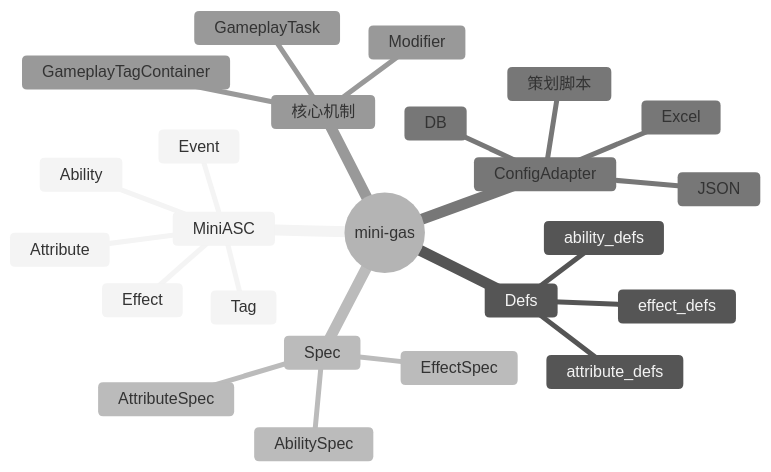
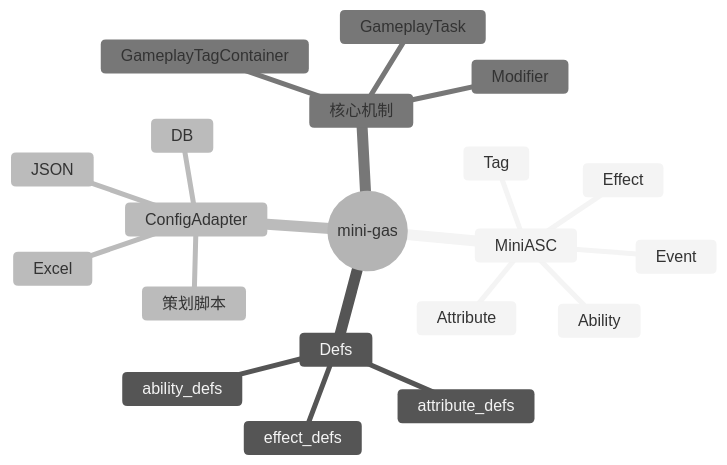
Before and after one commit to caorenmei/cgas: the diagram in docs/specs/mini_gas/README.md, drawn with Mermaid. The commit also changed other lines of this file and 11 other files, not shown here.

````diff
--- a/docs/specs/mini_gas/README.md
+++ b/docs/specs/mini_gas/README.md
@@ -76,28 +74,24 @@
 ```mermaid
 %%{init: {'theme': 'neutral'}}%%
 mindmap
   root((mini-gas))
     MiniASC
       Ability
       Effect
       Attribute
       Tag
       Event
     Defs
       attribute_defs
       ability_defs
       effect_defs
-    Spec
-      AbilitySpec
-      EffectSpec
-      AttributeSpec
     ConfigAdapter
       Excel
       JSON
       DB
       策划脚本
     核心机制
       Modifier
       GameplayTask
       GameplayTagContainer
 ```
````
